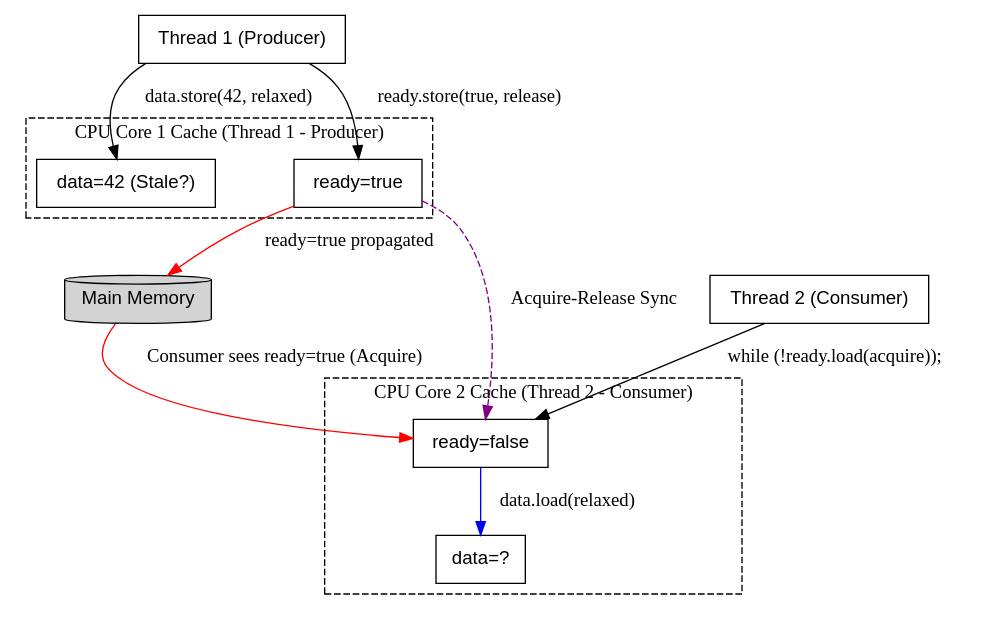
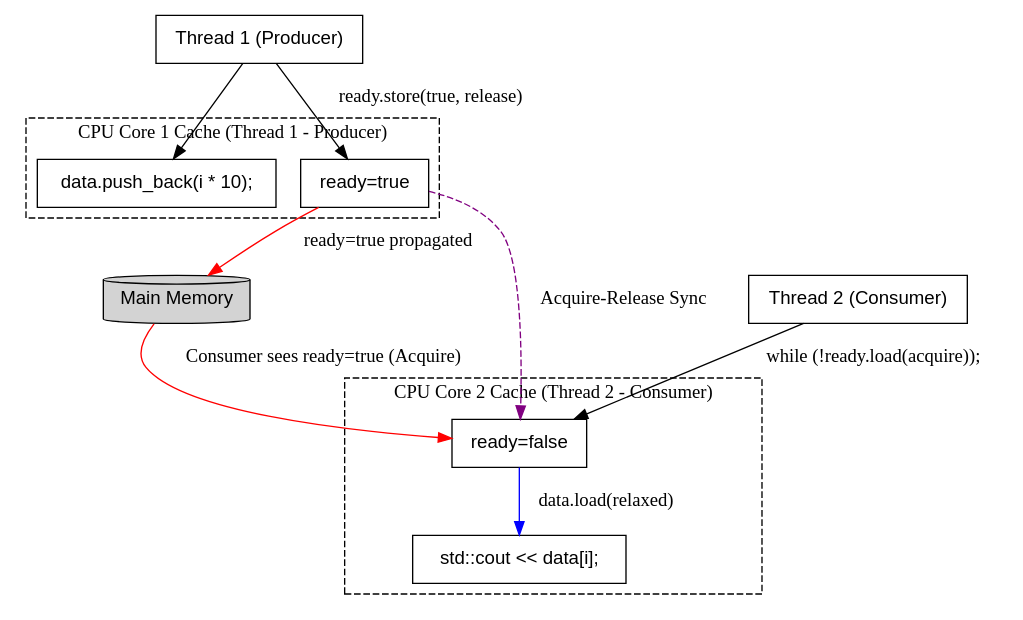
The diagram in Fig/gpu/mem-o-hw.gv (Jonathan2251/lbd), drawn with Graphviz before and after one commit. The commit also changed 6 other files, not shown here.

```diff
--- a/Fig/gpu/mem-o-hw.gv
+++ b/Fig/gpu/mem-o-hw.gv
@@ -1,41 +1,41 @@
 digraph MemoryOrderAcquireCache {
     rankdir=TB;
     node [shape=box, fontname="Helvetica"];
 
     // Main memory
     MainMemory [label="Main Memory", shape=cylinder, style=filled, fillcolor=lightgray];
 
     // CPU caches
     subgraph cluster_cache1 {
         label="CPU Core 1 Cache (Thread 1 - Producer)";
         style=dashed;
-        Cache1_Data [label="data=42 (Stale?)"];
+        Cache1_Data [label="data.push_back(i * 10);"];
         Cache1_Ready [label="ready=true"];
     }
 
     subgraph cluster_cache2 {
         label="CPU Core 2 Cache (Thread 2 - Consumer)";
         style=dashed;
-        Cache2_Data [label="data=?"];
+        Cache2_Data [label="std::cout << data[i];"];
         Cache2_Ready [label="ready=false"];
     }
 
     // Threads
     Thread1 [label="Thread 1 (Producer)"];
     Thread2 [label="Thread 2 (Consumer)"];
 
     // Memory operations in Thread 1 (Producer)
-    Thread1 -> Cache1_Data [label="data.store(42, relaxed)"];
+    Thread1 -> Cache1_Data;
     Thread1 -> Cache1_Ready [label="ready.store(true, release)"];
     
     // Memory propagation
     Cache1_Ready -> MainMemory [label="ready=true propagated", color=red];
     MainMemory -> Cache2_Ready [label="Consumer sees ready=true (Acquire)", color=red];
 
     // Memory operations in Thread 2 (Consumer)
     Thread2 -> Cache2_Ready [label="while (!ready.load(acquire));"];
     Cache2_Ready -> Cache2_Data [label="data.load(relaxed)", color=blue];
 
     // Synchronization path
     Cache1_Ready -> Cache2_Ready [label="Acquire-Release Sync", style=dashed, color=purple];
 }
```
